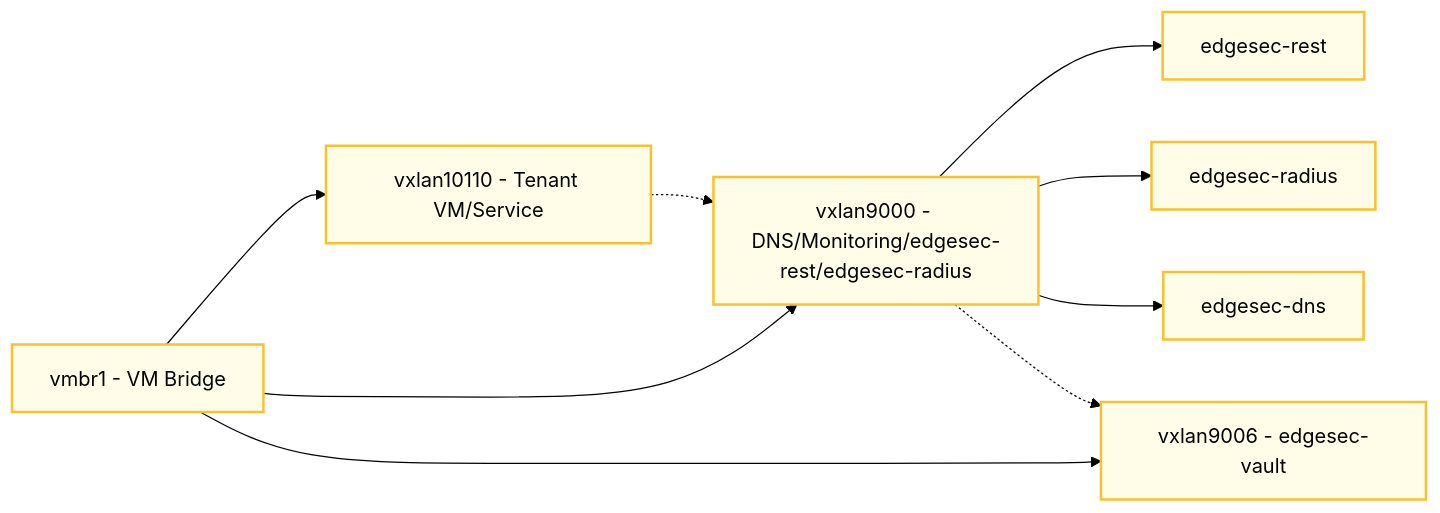
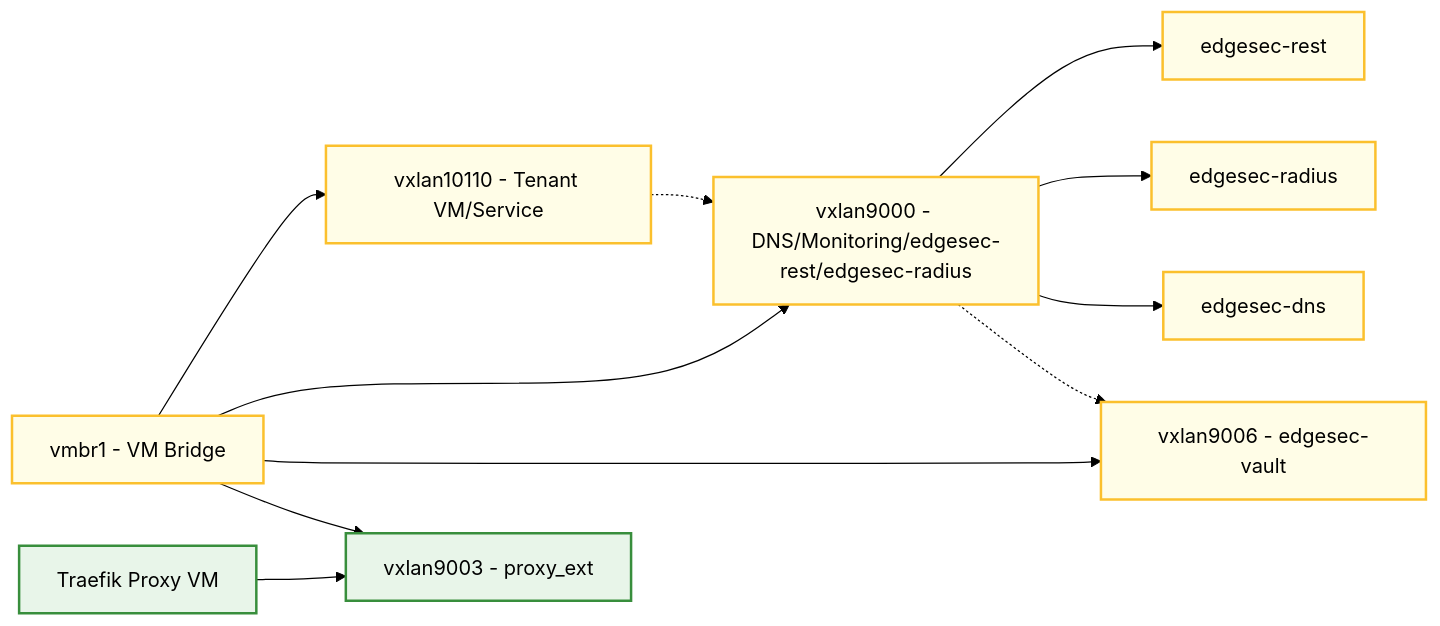
Before and after one commit to CEP-Comwell/proxmox_addons: the third of 4 diagrams in README.md, drawn with Mermaid (forest theme). The commit also changed other lines of this file, not shown here.

````diff
--- a/README.md
+++ b/README.md
@@ -95,20 +95,26 @@
 ```mermaid
 graph LR
 VMBridge[vmbr1 - VM Bridge]
 VX10110[vxlan10110 - Tenant VM/Service]
 VX9000[vxlan9000 - DNS/Monitoring/edgesec-rest/edgesec-radius]
 VX9006[vxlan9006 - edgesec-vault]
+VX9003[vxlan9003 - proxy_ext]
 RestVM[edgesec-rest]
 RadiusVM[edgesec-radius]
 DNSVM[edgesec-dns]
+ProxyVM[Traefik Proxy VM]
 VMBridge --> VX10110
 VMBridge --> VX9000
 VMBridge --> VX9006
+VMBridge --> VX9003
 VX9000 --> RestVM
 VX9000 --> RadiusVM
 VX9000 --> DNSVM
+ProxyVM --> VX9003
 VX10110 -.-> VX9000
 VX9000 -.-> VX9006
 classDef vm fill:#fffde7,stroke:#fbc02d,stroke-width:2px;
+classDef proxy fill:#e8f5e9,stroke:#388e3c,stroke-width:2px;
 class VMBridge,VX10110,VX9000,VX9006,RestVM,RadiusVM,DNSVM vm;
+class VX9003,ProxyVM proxy;
 ```
````
